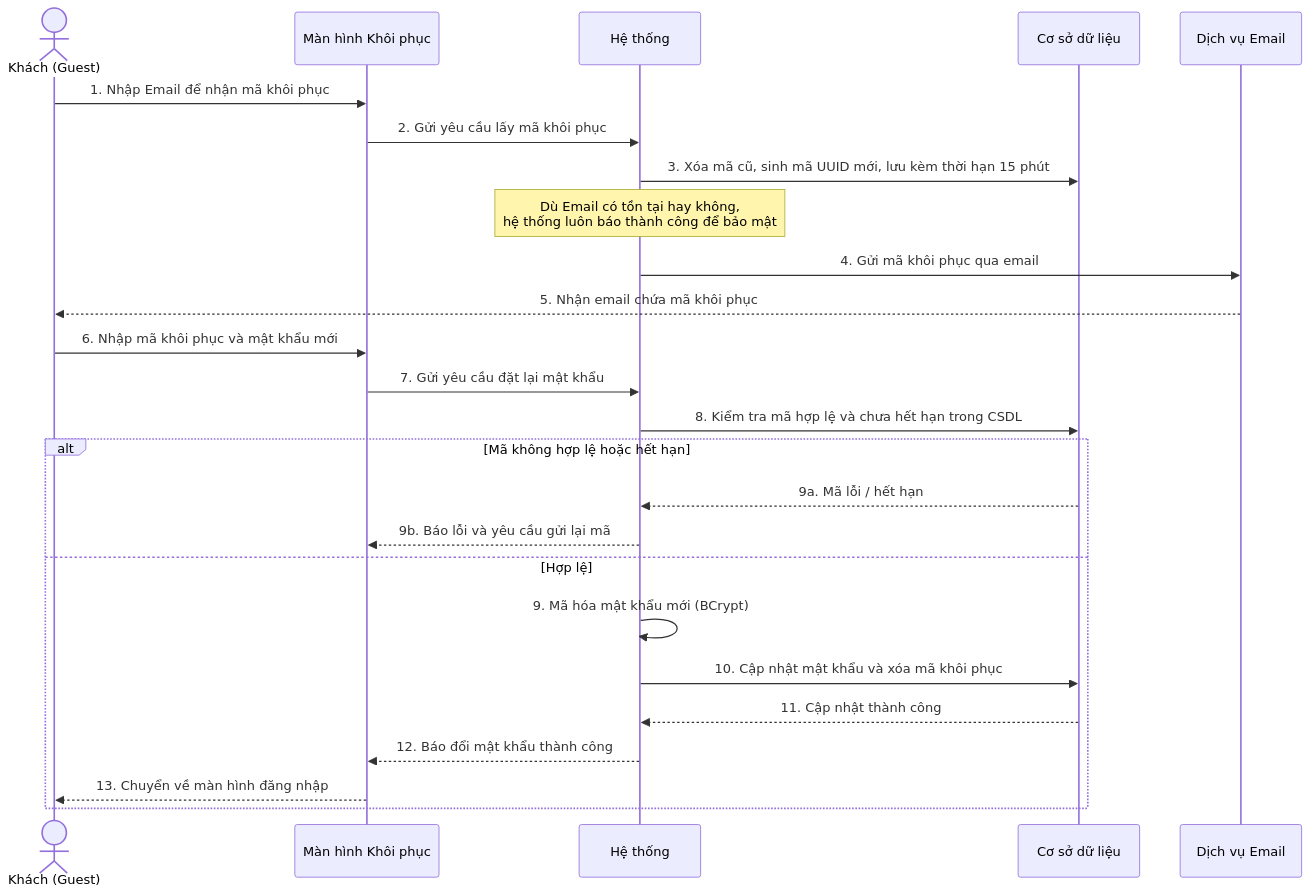
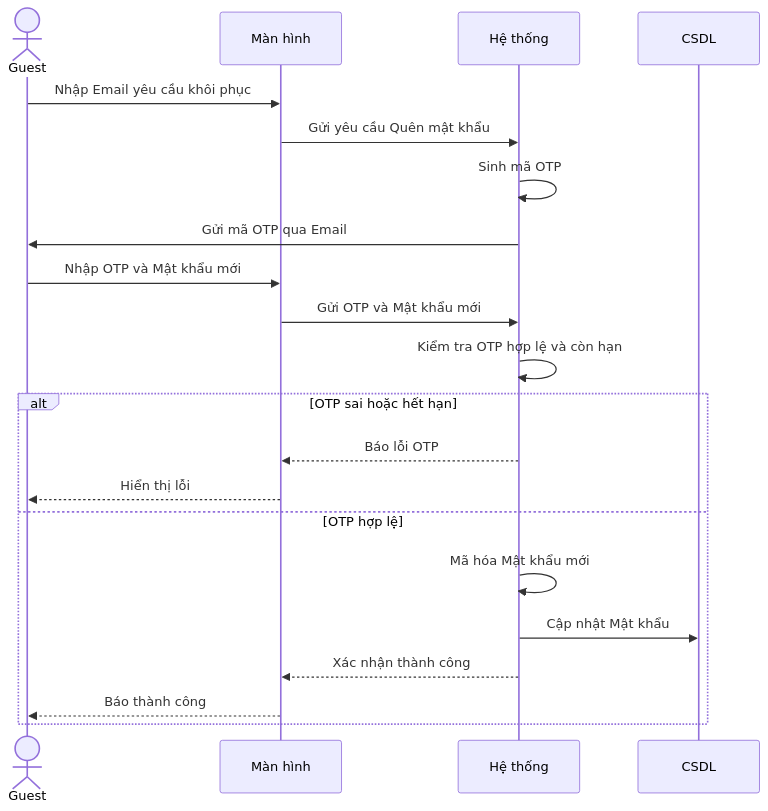
The fourth of 8 diagrams in doc/system_analysis/sequence diagram/05a_sequence_auth_profile.md (ChuDucAnh21/BE-quan-ly-su-kien), drawn with Mermaid before and after one commit. The commit also changed other lines of this file and 14 other files, not shown here.

````diff
--- a/doc/system_analysis/sequence diagram/05a_sequence_auth_profile.md
+++ b/doc/system_analysis/sequence diagram/05a_sequence_auth_profile.md
@@ -137,28 +98,24 @@
 ```mermaid
 sequenceDiagram
-    actor Guest as Khách (Guest)
-    participant UI as Màn hình Khôi phục
-    participant HT as Hệ thống
-    participant DB as Cơ sở dữ liệu
-    participant Mail as Dịch vụ Email
+    actor Guest
+    participant Màn hình
+    participant Hệ thống
+    participant CSDL
 
-    Guest->>UI: 1. Nhập Email để nhận mã khôi phục
-    UI->>HT: 2. Gửi yêu cầu lấy mã khôi phục
-    HT->>DB: 3. Xóa mã cũ, sinh mã UUID mới, lưu kèm thời hạn 15 phút
-    note over HT: Dù Email có tồn tại hay không,<br/>hệ thống luôn báo thành công để bảo mật
-    HT->>Mail: 4. Gửi mã khôi phục qua email
-    Mail-->>Guest: 5. Nhận email chứa mã khôi phục
-    Guest->>UI: 6. Nhập mã khôi phục và mật khẩu mới
-    UI->>HT: 7. Gửi yêu cầu đặt lại mật khẩu
-    HT->>DB: 8. Kiểm tra mã hợp lệ và chưa hết hạn trong CSDL
-    alt Mã không hợp lệ hoặc hết hạn
-        DB-->>HT: 9a. Mã lỗi / hết hạn
-        HT-->>UI: 9b. Báo lỗi và yêu cầu gửi lại mã
-    else Hợp lệ
-        HT->>HT: 9. Mã hóa mật khẩu mới (BCrypt)
-        HT->>DB: 10. Cập nhật mật khẩu và xóa mã khôi phục
-        DB-->>HT: 11. Cập nhật thành công
-        HT-->>UI: 12. Báo đổi mật khẩu thành công
-        UI-->>Guest: 13. Chuyển về màn hình đăng nhập
+    Guest->>Màn hình: Nhập Email yêu cầu khôi phục
+    Màn hình->>Hệ thống: Gửi yêu cầu Quên mật khẩu
+    Hệ thống->>Hệ thống: Sinh mã OTP
+    Hệ thống->>Guest: Gửi mã OTP qua Email
+    Guest->>Màn hình: Nhập OTP và Mật khẩu mới
+    Màn hình->>Hệ thống: Gửi OTP và Mật khẩu mới
+    Hệ thống->>Hệ thống: Kiểm tra OTP hợp lệ và còn hạn
+    alt OTP sai hoặc hết hạn
+        Hệ thống-->>Màn hình: Báo lỗi OTP
+        Màn hình-->>Guest: Hiển thị lỗi
+    else OTP hợp lệ
+        Hệ thống->>Hệ thống: Mã hóa Mật khẩu mới
+        Hệ thống->>CSDL: Cập nhật Mật khẩu
+        Hệ thống-->>Màn hình: Xác nhận thành công
+        Màn hình-->>Guest: Báo thành công
     end
 ```
````
